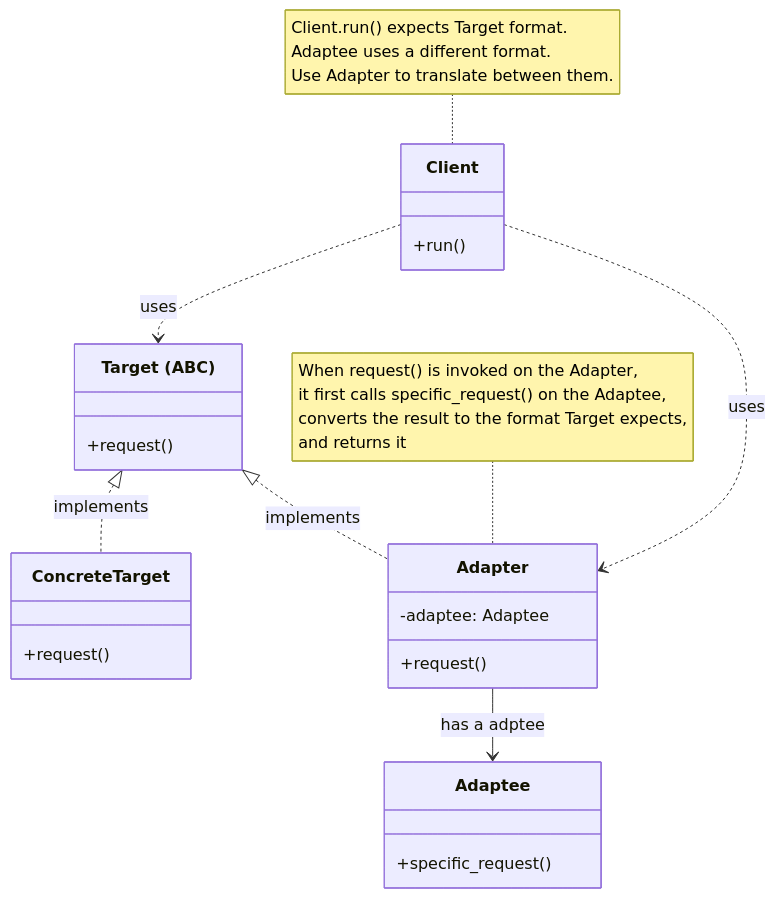
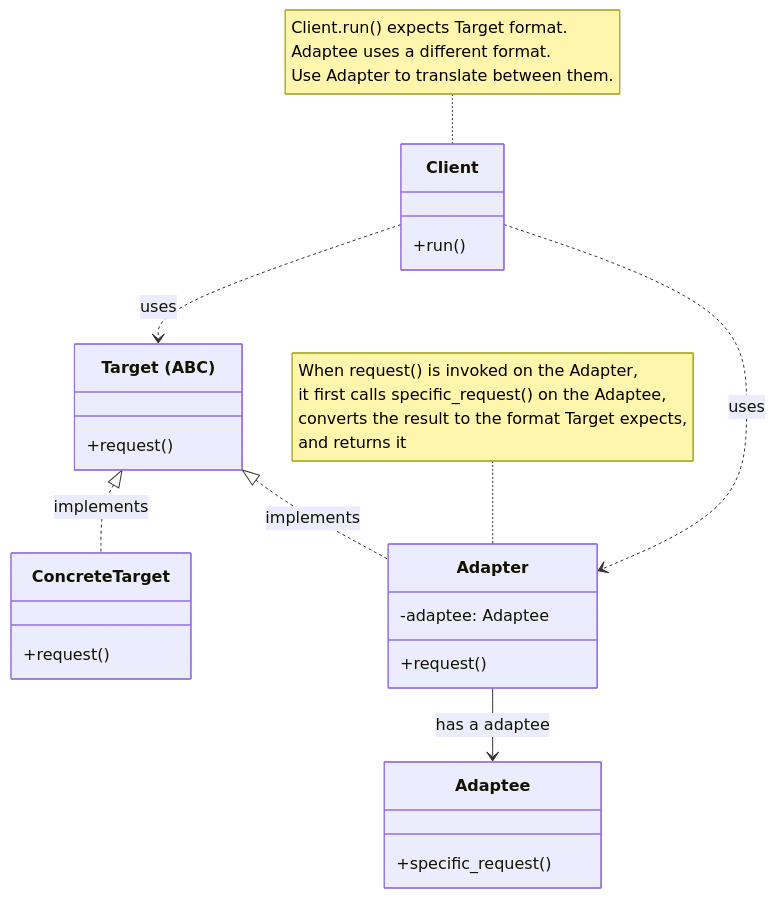
Before and after one commit to arunnambyar/tutorials: the first of 2 diagrams in design_patterns/docs/1500_adapter.md, drawn with Mermaid. The commit also changed 8 other files, not shown here.

````diff
--- a/design_patterns/docs/1500_adapter.md
+++ b/design_patterns/docs/1500_adapter.md
@@ -30,33 +30,32 @@
 ```mermaid
 classDiagram
     direction TB
 
     class Target["Target (ABC)"] {
         +request()
     }
     class ConcreteTarget {
         +request()
     }
 
     class Adaptee {
         +specific_request()
     }
     class Adapter {
         -adaptee: Adaptee
         +request()
     }
 
     class Client {
         +run()
     }
 
     Client ..> Target : uses
     Client ..> Adapter: uses
     Target <|.. ConcreteTarget : implements
     Target <|.. Adapter : implements
-    Adapter --> Adaptee : has a adptee
+    Adapter --> Adaptee : has a adaptee
 
-    note for Adapter "When request() is invoked on the Adapter,<br/> it first calls specific_request() on the Adaptee,<br/> converts the result to the format Target expects,<br/> and returns it"
-
-    note for Client "Client.run() expects Target format.<br/>Adaptee uses a different format.<br/>Use Adapter to translate between them."
+    note for Adapter "When request() is invoked on the Adapter,<br>it first calls specific_request() on the Adaptee,<br>converts the result to the format Target expects,<br>and returns it"
+    note for Client "Client.run() expects Target format.<br>Adaptee uses a different format.<br>Use Adapter to translate between them."
 ```
````
